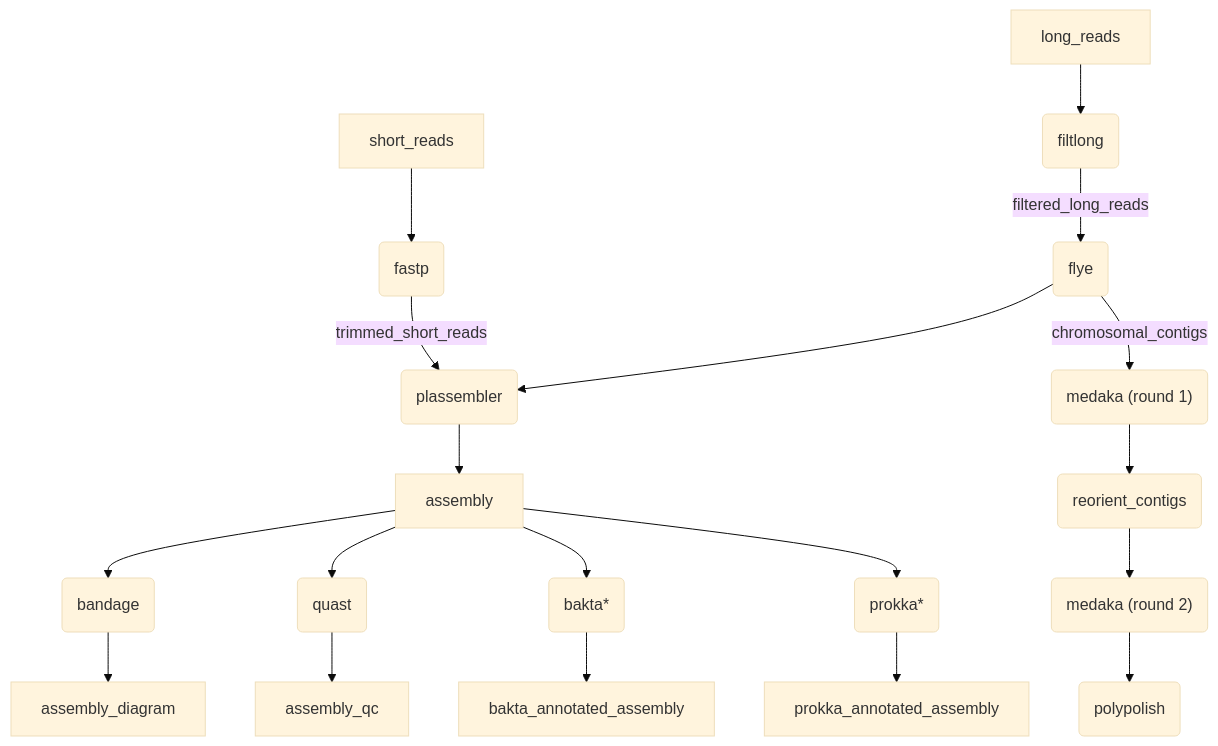
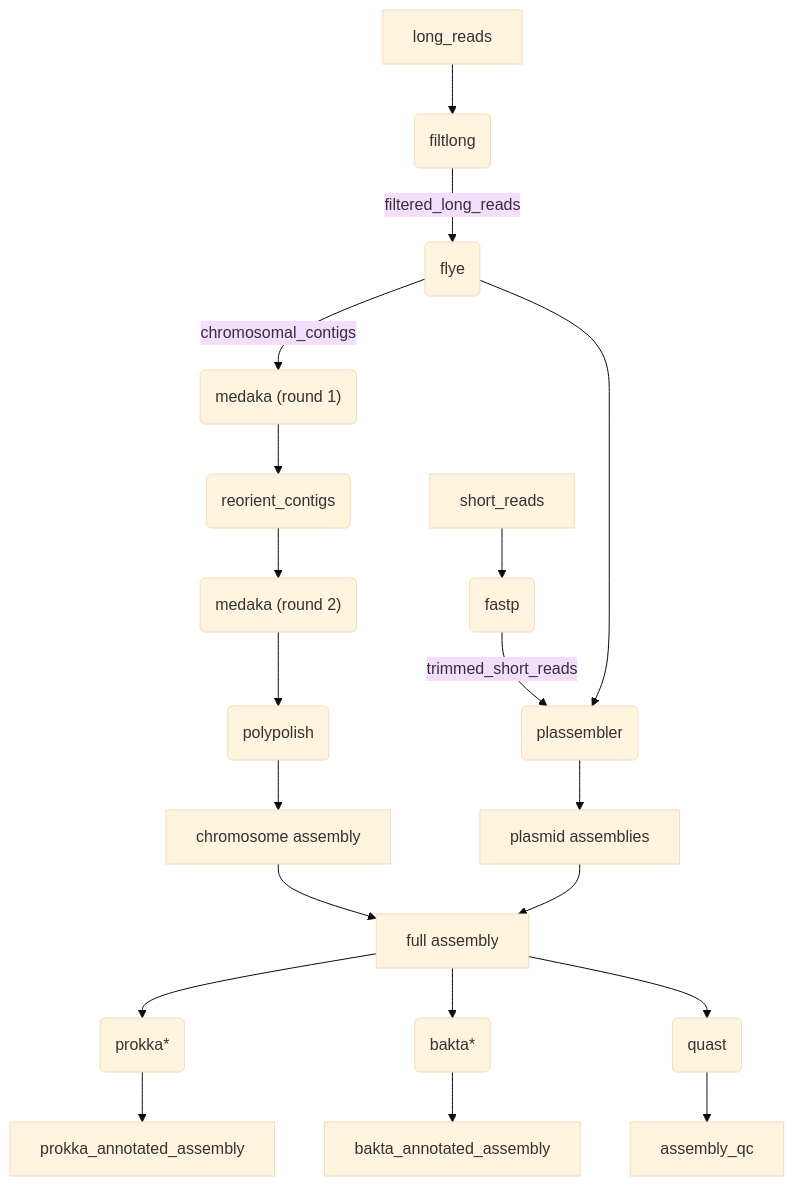
The diagram in README.md (BCCDC-PHL/plasmid-assembly), drawn with Mermaid (base theme) before and after one commit.

Commit message:
Update pipeline diagram

````diff
--- a/README.md
+++ b/README.md
@@ -9,21 +9,22 @@
 ```mermaid
 flowchart TD
   short_reads --> fastp(fastp)
   fastp -- trimmed_short_reads --> plassembler(plassembler)
   long_reads --> filtlong(filtlong)
   filtlong -- filtered_long_reads --> flye(flye)
   flye -- chromosomal_contigs --> medaka_1("medaka (round 1)")
   medaka_1 --> reorient_contigs(reorient_contigs)
   reorient_contigs --> medaka_2("medaka (round 2)")
   medaka_2 --> polypolish(polypolish)
+  polypolish --> chromosome_assembly["chromosome assembly"]
   flye --> plassembler
-  plassembler --> assembly[assembly]
-  assembly --> prokka(prokka*)
-  assembly --> bakta(bakta*)
-  assembly --> quast(quast)
-  assembly --> bandage(bandage)
+  plassembler --> plasmid_assemblies["plasmid assemblies"]
+  chromosome_assembly --> full_assembly["full assembly"]
+  plasmid_assemblies --> full_assembly
+  full_assembly --> prokka(prokka*)
+  full_assembly --> bakta(bakta*)
+  full_assembly --> quast(quast)
   prokka --> prokka_annotated_assembly
   bakta --> bakta_annotated_assembly
   quast --> assembly_qc
-  bandage --> assembly_diagram
 ```
````
